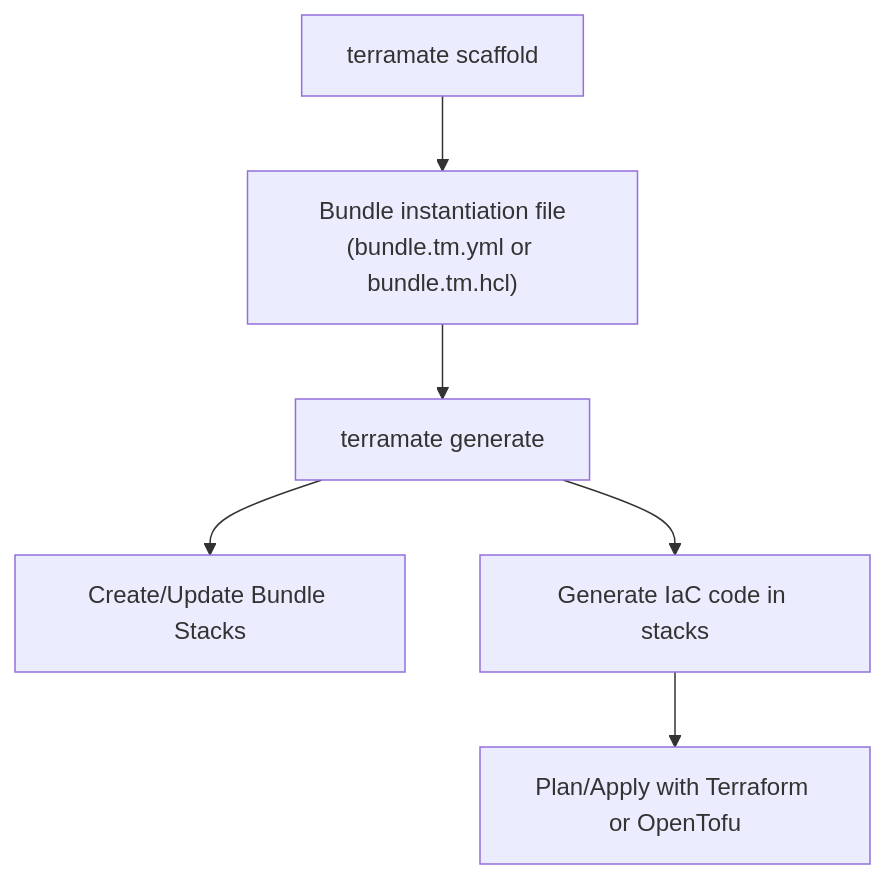
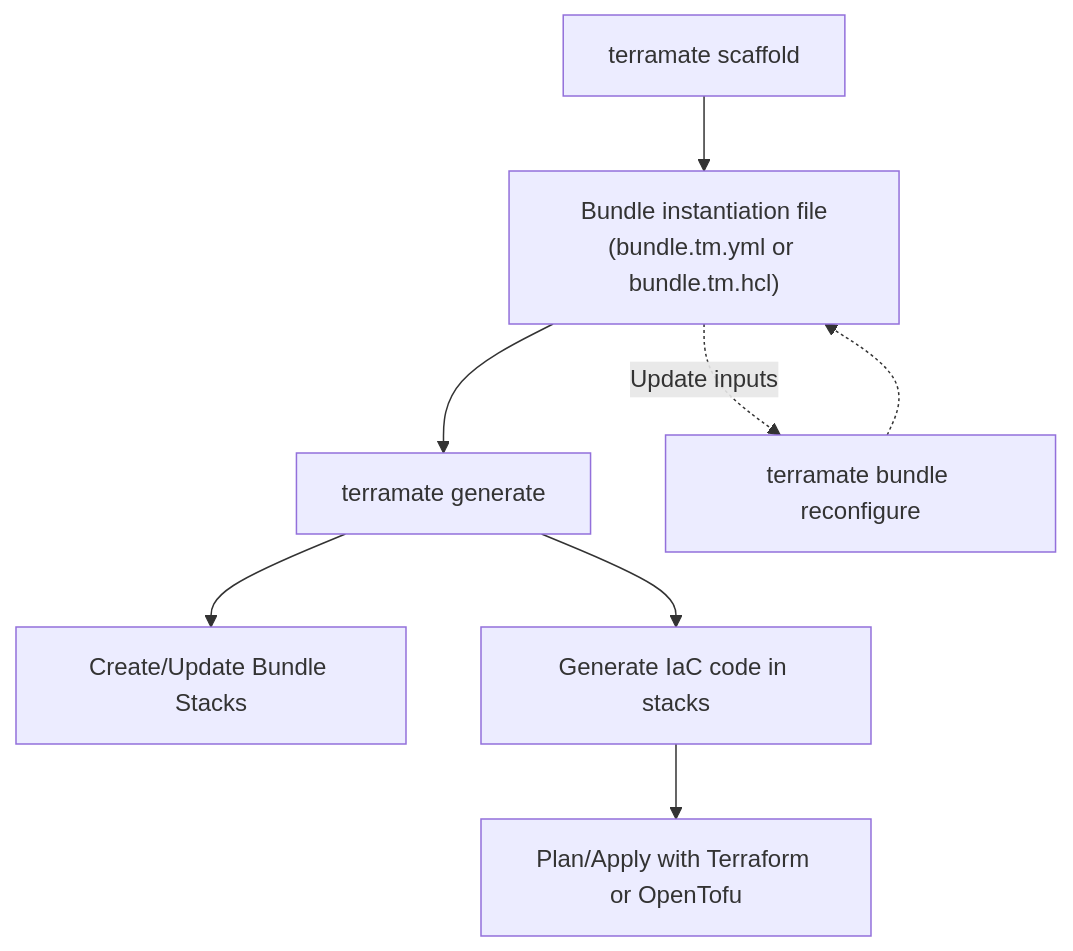
One commit to terramate-io/terramate-docs changed the diagram in catalyst/concepts/scaffolding-and-generation.md. Above: the diagram before and after it, drawn with Mermaid. The commit also changed other lines of this file and 256 other files, not shown here.

````diff
--- a/catalyst/concepts/scaffolding-and-generation.md
+++ b/catalyst/concepts/scaffolding-and-generation.md
@@ -33,8 +39,10 @@
 ```mermaid
 flowchart TD
   A["terramate scaffold"] --> B["Bundle instantiation file<br/>(bundle.tm.yml or bundle.tm.hcl)"]
   B --> C["terramate generate"]
   C --> D["Create/Update Bundle Stacks"]
   C --> E["Generate IaC code in stacks"]
   E --> F["Plan/Apply with Terraform or OpenTofu"]
+  B -.->|"Update inputs"| G["terramate bundle reconfigure"]
+  G -.-> B
 ```
````
